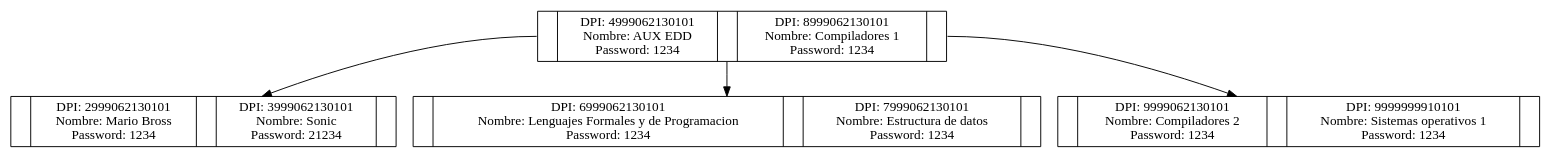
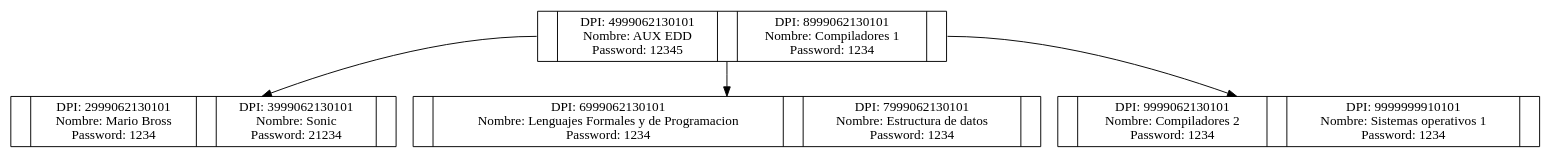
Before and after one commit to LuisaMariaO/EDD_UDRAWING_FASE_202003381: the diagram in Fase 2/Reportes de Administrador/clientes.dot, drawn with Graphviz. The commit also changed 28 other files, not shown here.

```diff
--- a/Fase 2/Reportes de Administrador/clientes.dot
+++ b/Fase 2/Reportes de Administrador/clientes.dot
@@ -1,11 +1,11 @@
 digraph G {
 node[shape=record];
-Nodo1790977249[label="<S0>|DPI: 4999062130101\n Nombre: AUX EDD\n Password: 1234|<S1>|DPI: 8999062130101\n Nombre: Compiladores 1\n Password: 1234|<S2>"];
-Nodo1680677014[label="<S2>|DPI: 2999062130101\n Nombre: Mario Bross\n Password: 1234|<S3>|DPI: 3999062130101\n Nombre: Sonic\n Password: 21234|<S4>"];
-Nodo1004043090[label="<S4>|DPI: 6999062130101\n Nombre: Lenguajes Formales y de Programacion\n Password: 1234|<S5>|DPI: 7999062130101\n Nombre: Estructura de datos\n Password: 1234|<S6>"];
-Nodo1004043090[label="<S6>|DPI: 6999062130101\n Nombre: Lenguajes Formales y de Programacion\n Password: 1234|<S7>|DPI: 7999062130101\n Nombre: Estructura de datos\n Password: 1234|<S8>"];
-Nodo300413964[label="<S8>|DPI: 9999062130101\n Nombre: Compiladores 2\n Password: 1234|<S9>|DPI: 9999999910101\n Nombre: Sistemas operativos 1\n Password: 1234|<S10>"];
-Nodo1790977249:S0->Nodo1680677014;
-Nodo1790977249:S1->Nodo1004043090;
-Nodo1790977249:S2->Nodo300413964;
+Nodo2028840416[label="<S0>|DPI: 4999062130101\n Nombre: AUX EDD\n Password: 12345|<S1>|DPI: 8999062130101\n Nombre: Compiladores 1\n Password: 1234|<S2>"];
+Nodo1963190037[label="<S2>|DPI: 2999062130101\n Nombre: Mario Bross\n Password: 1234|<S3>|DPI: 3999062130101\n Nombre: Sonic\n Password: 21234|<S4>"];
+Nodo1255730312[label="<S4>|DPI: 6999062130101\n Nombre: Lenguajes Formales y de Programacion\n Password: 1234|<S5>|DPI: 7999062130101\n Nombre: Estructura de datos\n Password: 1234|<S6>"];
+Nodo1255730312[label="<S6>|DPI: 6999062130101\n Nombre: Lenguajes Formales y de Programacion\n Password: 1234|<S7>|DPI: 7999062130101\n Nombre: Estructura de datos\n Password: 1234|<S8>"];
+Nodo1478316065[label="<S8>|DPI: 9999062130101\n Nombre: Compiladores 2\n Password: 1234|<S9>|DPI: 9999999910101\n Nombre: Sistemas operativos 1\n Password: 1234|<S10>"];
+Nodo2028840416:S0->Nodo1963190037;
+Nodo2028840416:S1->Nodo1255730312;
+Nodo2028840416:S2->Nodo1478316065;
 }
```
